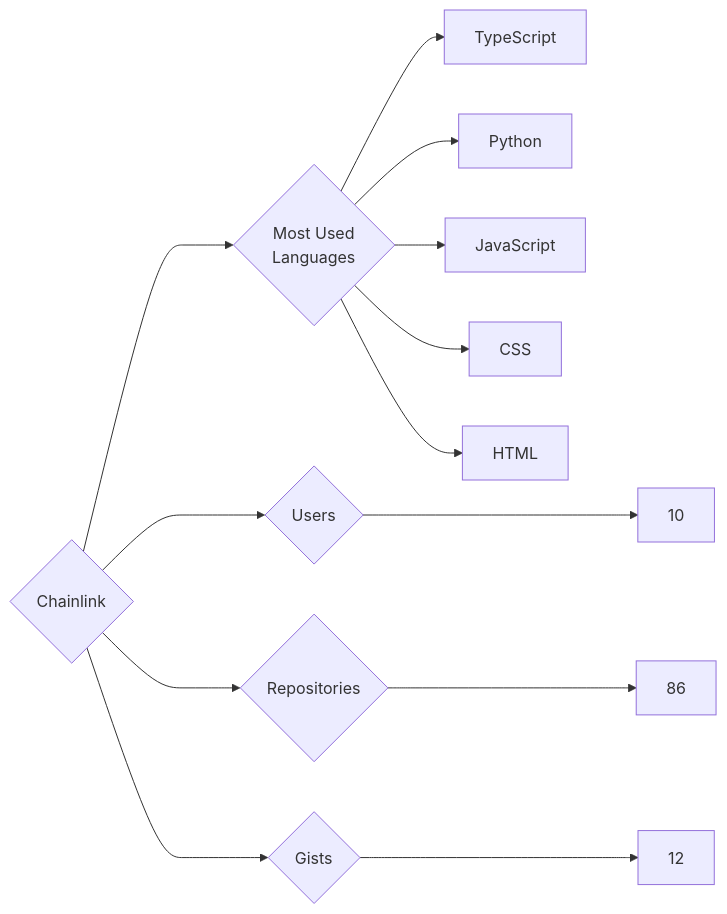
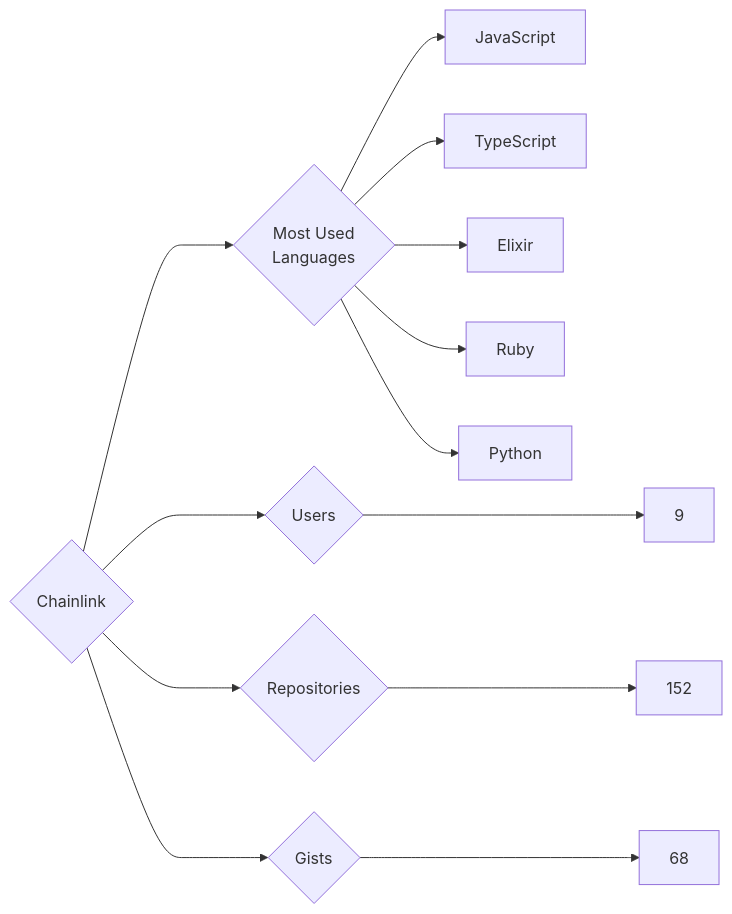
Before and after one commit to trickest/insiders: the diagram in targets/Chainlink/README.md, drawn with Mermaid. The commit also changed 724 other files, not shown here.

````diff
--- a/targets/Chainlink/README.md
+++ b/targets/Chainlink/README.md
@@ -3,13 +3,13 @@
 ```mermaid
 graph LR
 COMPANY_NAME{Chainlink}
-COMPANY_NAME ---> U{Users} ---> UN[10]
-COMPANY_NAME ---> R{Repositories} ---> RN[86]
-COMPANY_NAME ---> G{Gists} ---> GN[12]
+COMPANY_NAME ---> U{Users} ---> UN[9]
+COMPANY_NAME ---> R{Repositories} ---> RN[152]
+COMPANY_NAME ---> G{Gists} ---> GN[68]
 COMPANY_NAME ---> ML{Most Used<br>Languages}
+ML --> JavaScript[JavaScript]
 ML --> TypeScript[TypeScript]
+ML --> Elixir[Elixir]
+ML --> Ruby[Ruby]
 ML --> Python[Python]
-ML --> JavaScript[JavaScript]
-ML --> CSS[CSS]
-ML --> HTML[HTML]
 ```
````
